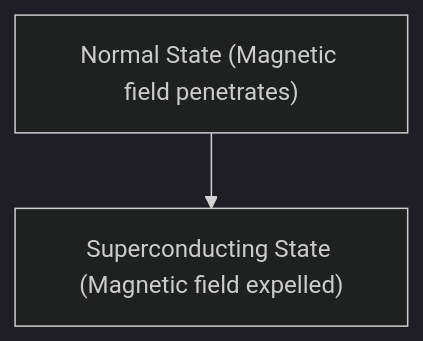
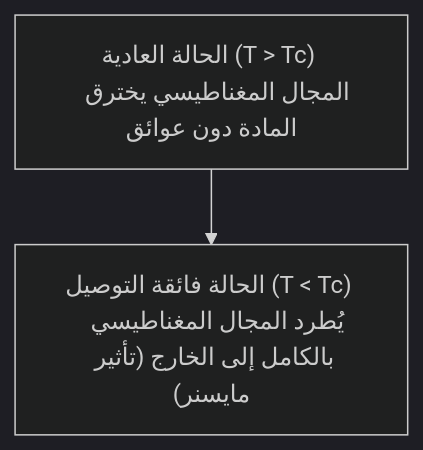
Before and after one commit to kenjinote/blog: the diagram in content/post/physics-superconductivity/index.ar.md, drawn with Mermaid (dark theme). The commit also changed other lines of this file and 219 other files, not shown here.

````diff
--- a/content/post/physics-superconductivity/index.ar.md
+++ b/content/post/physics-superconductivity/index.ar.md
@@ -17,4 +32,4 @@
 ```mermaid
 flowchart TD
-    A["Normal State (Magnetic field penetrates)"] --> B["Superconducting State (Magnetic field expelled)"]
+    A["الحالة العادية (T > Tc) \n المجال المغناطيسي يخترق المادة دون عوائق"] --> B["الحالة فائقة التوصيل (T < Tc) \n يُطرد المجال المغناطيسي بالكامل إلى الخارج (تأثير مايسنر)"]
 ```
````
